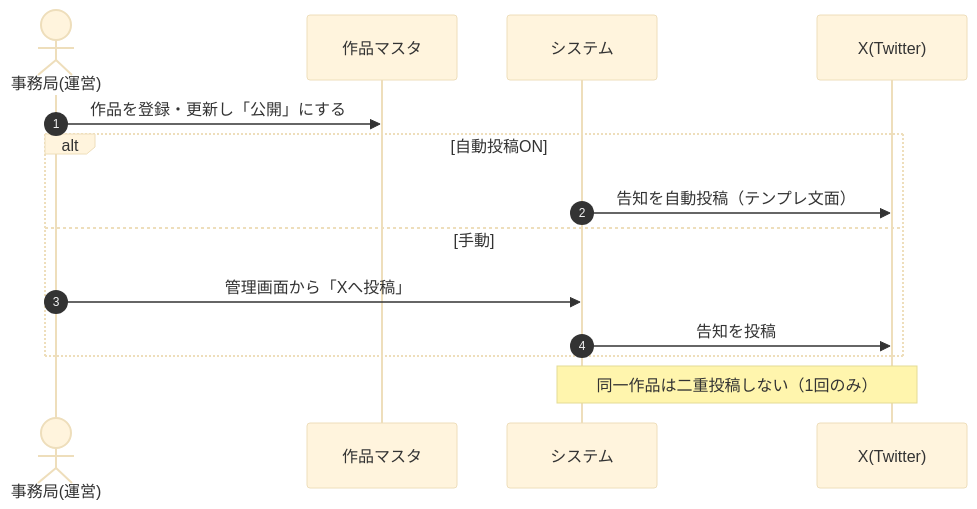
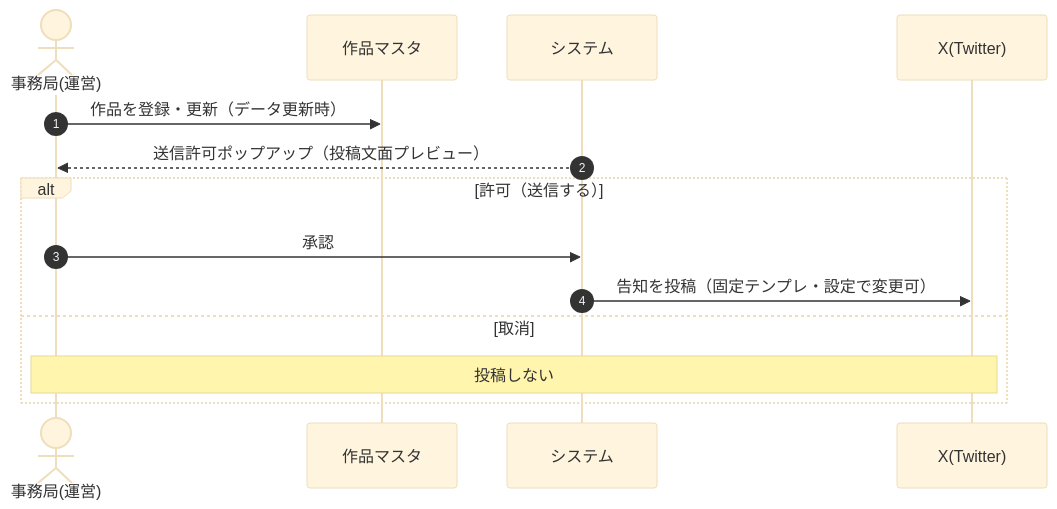
One commit to tatsuyakuramchi/SPLL changed the second of 8 diagrams in docs/SPLL_業務フロー確認資料_v0.1.md. Above: the diagram before and after it, drawn with Mermaid (base theme). The commit also changed other lines of this file and 5 other files, not shown here.

````diff
--- a/docs/SPLL_業務フロー確認資料_v0.1.md
+++ b/docs/SPLL_業務フロー確認資料_v0.1.md
@@ -83,16 +84,16 @@
 ```mermaid
 sequenceDiagram
   autonumber
   actor OF as 事務局(運営)
   participant DB as 作品マスタ
   participant SYS as システム
   participant X as X(Twitter)
-  OF->>DB: 作品を登録・更新し「公開」にする
-  alt 自動投稿ON
-    SYS->>X: 告知を自動投稿（テンプレ文面）
-  else 手動
-    OF->>SYS: 管理画面から「Xへ投稿」
-    SYS->>X: 告知を投稿
+  OF->>DB: 作品を登録・更新（データ更新時）
+  SYS-->>OF: 送信許可ポップアップ（投稿文面プレビュー）
+  alt 許可（送信する）
+    OF->>SYS: 承認
+    SYS->>X: 告知を投稿（固定テンプレ・設定で変更可）
+  else 取消
+    Note over OF,X: 投稿しない
   end
-  Note over SYS,X: 同一作品は二重投稿しない（1回のみ）
 ```
````
